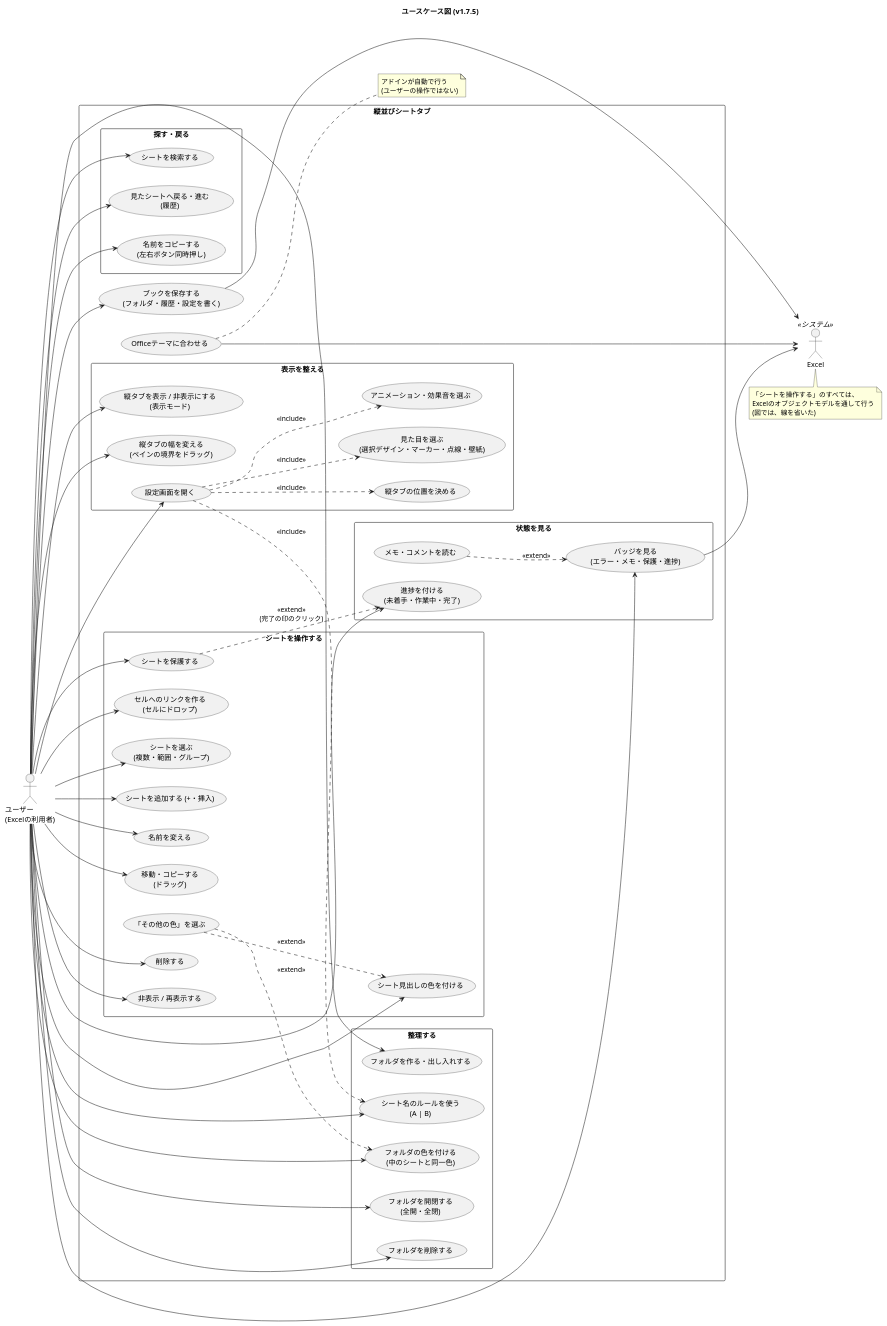
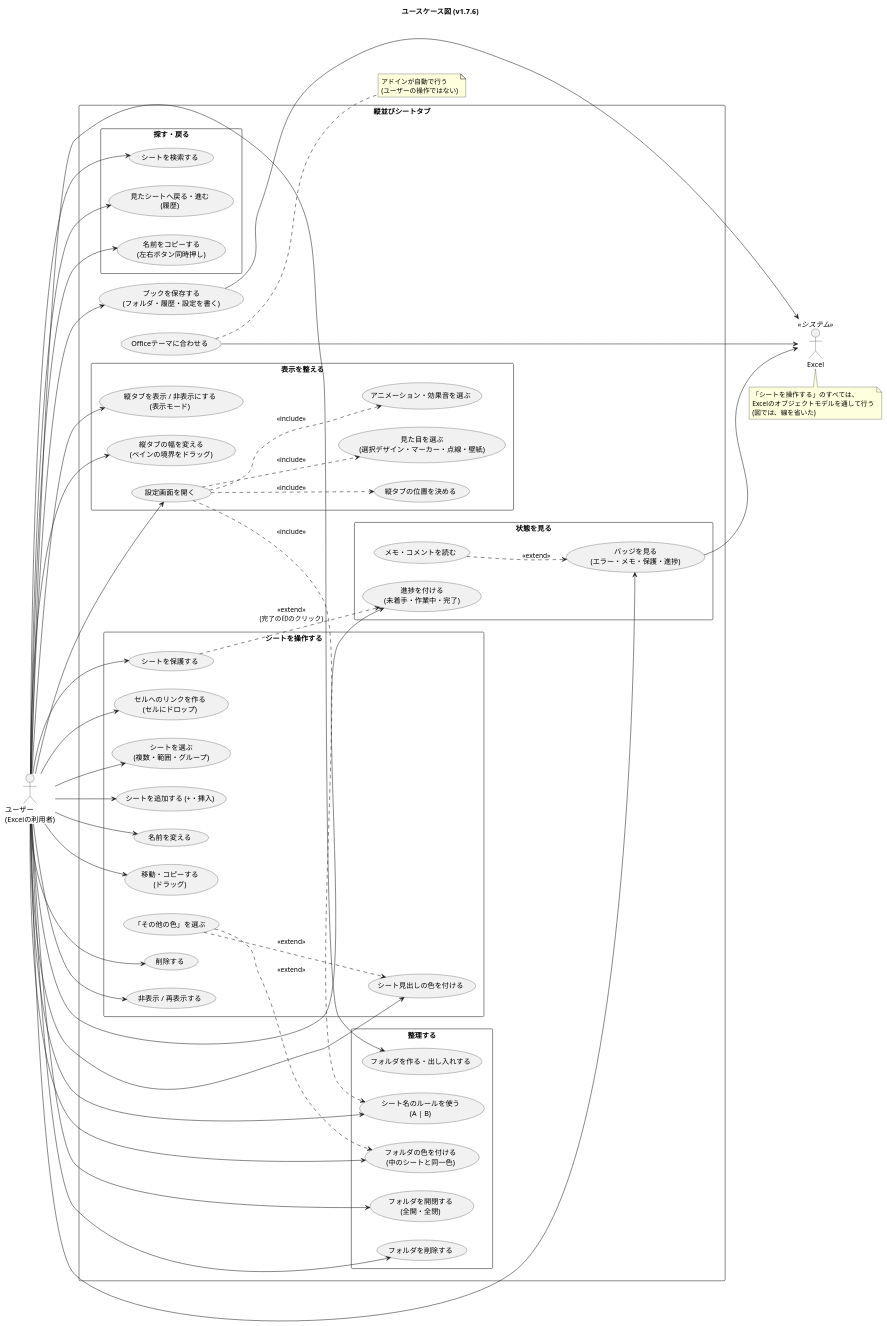
Before and after one commit to nk-taka623/VerticalSheetTabs: the diagram in docs/usecase.puml, drawn with PlantUML. The commit also changed 15 other files, not shown here.

Commit message:
v1.7.6: バージョンを上げる (README の変更点、設定画面の画像、図)

```diff
--- a/docs/usecase.puml
+++ b/docs/usecase.puml
@@ -1,105 +1,105 @@
 @startuml
-title ユースケース図 (v1.7.5)
+title ユースケース図 (v1.7.6)
 left to right direction
 skinparam shadowing false
 skinparam packageStyle rectangle
 
 actor "ユーザー\n(Excelの利用者)" as U
 actor "Excel" as XL <<システム>>
 
 rectangle "縦並びシートタブ" {
 
   package "シートを操作する" {
     usecase "シートを選ぶ\n(複数・範囲・グループ)" as UC_SEL
     usecase "シートを追加する (+・挿入)" as UC_ADD
     usecase "名前を変える" as UC_REN
     usecase "移動・コピーする\n(ドラッグ)" as UC_MOVE
     usecase "削除する" as UC_DEL
     usecase "非表示 / 再表示する" as UC_HIDE
     usecase "シート見出しの色を付ける" as UC_COLOR
     usecase "「その他の色」を選ぶ" as UC_MORE
     usecase "シートを保護する" as UC_PROT
     usecase "セルへのリンクを作る\n(セルにドロップ)" as UC_LINK
   }
 
   package "整理する" {
     usecase "フォルダを作る・出し入れする" as UC_FOLDER
     usecase "フォルダを開閉する\n(全開・全閉)" as UC_TOGGLE
     usecase "フォルダの色を付ける\n(中のシートと同一色)" as UC_FCOLOR
     usecase "フォルダを削除する" as UC_FDEL
     usecase "シート名のルールを使う\n(A | B)" as UC_RULE
   }
 
   package "探す・戻る" {
     usecase "シートを検索する" as UC_SEARCH
     usecase "見たシートへ戻る・進む\n(履歴)" as UC_HIST
     usecase "名前をコピーする\n(左右ボタン同時押し)" as UC_COPY
   }
 
   package "状態を見る" {
     usecase "バッジを見る\n(エラー・メモ・保護・進捗)" as UC_BADGE
     usecase "メモ・コメントを読む" as UC_MEMO
     usecase "進捗を付ける\n(未着手・作業中・完了)" as UC_PROG
   }
 
   package "表示を整える" {
     usecase "縦タブを表示 / 非表示にする\n(表示モード)" as UC_MODE
     usecase "縦タブの位置を決める" as UC_SIDE
     usecase "縦タブの幅を変える\n(ペインの境界をドラッグ)" as UC_WIDTH
     usecase "設定画面を開く" as UC_SET
     usecase "見た目を選ぶ\n(選択デザイン・マーカー・点線・壁紙)" as UC_LOOK
     usecase "アニメーション・効果音を選ぶ" as UC_ANIM
   }
 
   usecase "ブックを保存する\n(フォルダ・履歴・設定を書く)" as UC_SAVE
   usecase "Officeテーマに合わせる" as UC_THEME
 }
 
 U --> UC_SEL
 U --> UC_ADD
 U --> UC_REN
 U --> UC_MOVE
 U --> UC_DEL
 U --> UC_HIDE
 U --> UC_COLOR
 U --> UC_PROT
 U --> UC_LINK
 U --> UC_FOLDER
 U --> UC_TOGGLE
 U --> UC_FCOLOR
 U --> UC_FDEL
 U --> UC_RULE
 U --> UC_SEARCH
 U --> UC_HIST
 U --> UC_COPY
 U --> UC_BADGE
 U --> UC_PROG
 U --> UC_MODE
 U --> UC_WIDTH
 U --> UC_SET
 U --> UC_SAVE
 
 UC_MORE ..> UC_COLOR : <<extend>>
 UC_MORE ..> UC_FCOLOR : <<extend>>
 UC_MEMO ..> UC_BADGE : <<extend>>
 UC_PROT ..> UC_PROG : <<extend>>\n(完了の印のクリック)
 UC_SET ..> UC_SIDE : <<include>>
 UC_SET ..> UC_LOOK : <<include>>
 UC_SET ..> UC_ANIM : <<include>>
 UC_SET ..> UC_RULE : <<include>>
 
 UC_SAVE --> XL
 UC_THEME --> XL
 UC_BADGE --> XL
 
 note bottom of XL
   「シートを操作する」のすべては、
   Excelのオブジェクトモデルを通して行う
   (図では、線を省いた)
 end note
 
 note right of UC_THEME
   アドインが自動で行う
   (ユーザーの操作ではない)
 end note
 @enduml
```
